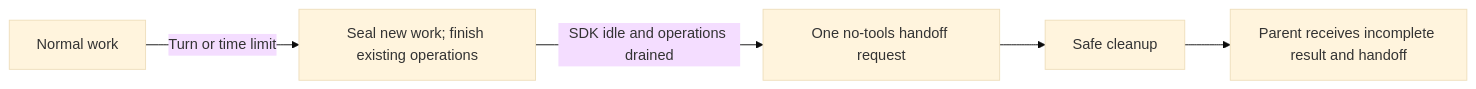
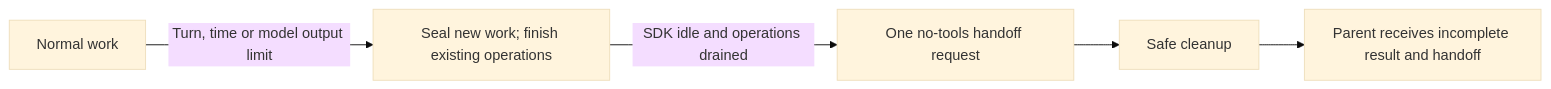
The diagram in packages/pi-subagents/README.md (korioinc/pi-agent-extensions), drawn with Mermaid (base theme) before and after one commit. The commit also changed other lines of this file and 92 other files, not shown here.

````diff
--- a/packages/pi-subagents/README.md
+++ b/packages/pi-subagents/README.md
@@ -339,7 +408,7 @@
 ```mermaid
 flowchart LR
-    Work[Normal work] -->|Turn or time limit| Finish[Seal new work; finish existing operations]
+    Work[Normal work] -->|Turn, time or model output limit| Finish[Seal new work; finish existing operations]
     Finish -->|SDK idle and operations drained| Summary[One no-tools handoff request]
     Summary --> Cleanup[Safe cleanup]
     Cleanup --> Parent[Parent receives incomplete result and handoff]
 ```
````
